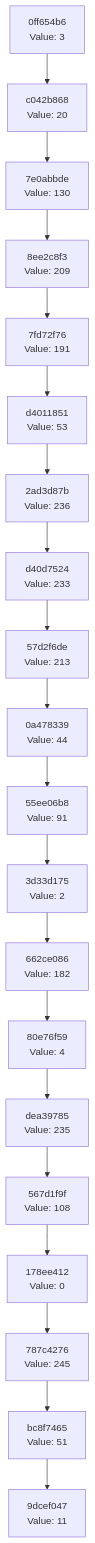
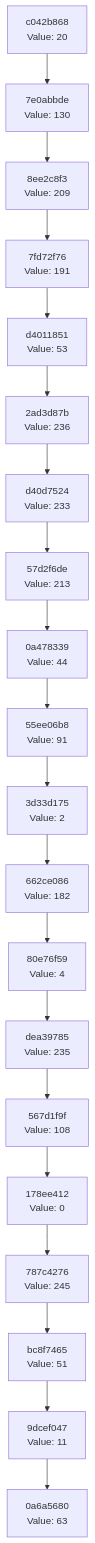
One commit to Abhisheksinha1506/hash-chain-evolver changed the diagram in docs/CHAIN_VISUALIZATION.md. Above: the diagram before and after it, drawn with Mermaid. The commit also changed 3 other files, not shown here.

````diff
--- a/docs/CHAIN_VISUALIZATION.md
+++ b/docs/CHAIN_VISUALIZATION.md
@@ -3,42 +3,42 @@
 ```mermaid
 graph TD
-    C0["9dcef047<br/>Value: 11"]
-    C1["bc8f7465<br/>Value: 51"]
+    C0["0a6a5680<br/>Value: 63"]
+    C1["9dcef047<br/>Value: 11"]
     C1 --> C0
-    C2["787c4276<br/>Value: 245"]
+    C2["bc8f7465<br/>Value: 51"]
     C2 --> C1
-    C3["178ee412<br/>Value: 0"]
+    C3["787c4276<br/>Value: 245"]
     C3 --> C2
-    C4["567d1f9f<br/>Value: 108"]
+    C4["178ee412<br/>Value: 0"]
     C4 --> C3
-    C5["dea39785<br/>Value: 235"]
+    C5["567d1f9f<br/>Value: 108"]
     C5 --> C4
-    C6["80e76f59<br/>Value: 4"]
+    C6["dea39785<br/>Value: 235"]
     C6 --> C5
-    C7["662ce086<br/>Value: 182"]
+    C7["80e76f59<br/>Value: 4"]
     C7 --> C6
-    C8["3d33d175<br/>Value: 2"]
+    C8["662ce086<br/>Value: 182"]
     C8 --> C7
-    C9["55ee06b8<br/>Value: 91"]
+    C9["3d33d175<br/>Value: 2"]
     C9 --> C8
-    C10["0a478339<br/>Value: 44"]
+    C10["55ee06b8<br/>Value: 91"]
     C10 --> C9
-    C11["57d2f6de<br/>Value: 213"]
+    C11["0a478339<br/>Value: 44"]
     C11 --> C10
-    C12["d40d7524<br/>Value: 233"]
+    C12["57d2f6de<br/>Value: 213"]
     C12 --> C11
-    C13["2ad3d87b<br/>Value: 236"]
+    C13["d40d7524<br/>Value: 233"]
     C13 --> C12
-    C14["d4011851<br/>Value: 53"]
+    C14["2ad3d87b<br/>Value: 236"]
     C14 --> C13
-    C15["7fd72f76<br/>Value: 191"]
+    C15["d4011851<br/>Value: 53"]
     C15 --> C14
-    C16["8ee2c8f3<br/>Value: 209"]
+    C16["7fd72f76<br/>Value: 191"]
     C16 --> C15
-    C17["7e0abbde<br/>Value: 130"]
+    C17["8ee2c8f3<br/>Value: 209"]
     C17 --> C16
-    C18["c042b868<br/>Value: 20"]
+    C18["7e0abbde<br/>Value: 130"]
     C18 --> C17
-    C19["0ff654b6<br/>Value: 3"]
+    C19["c042b868<br/>Value: 20"]
     C19 --> C18
 ```
````
